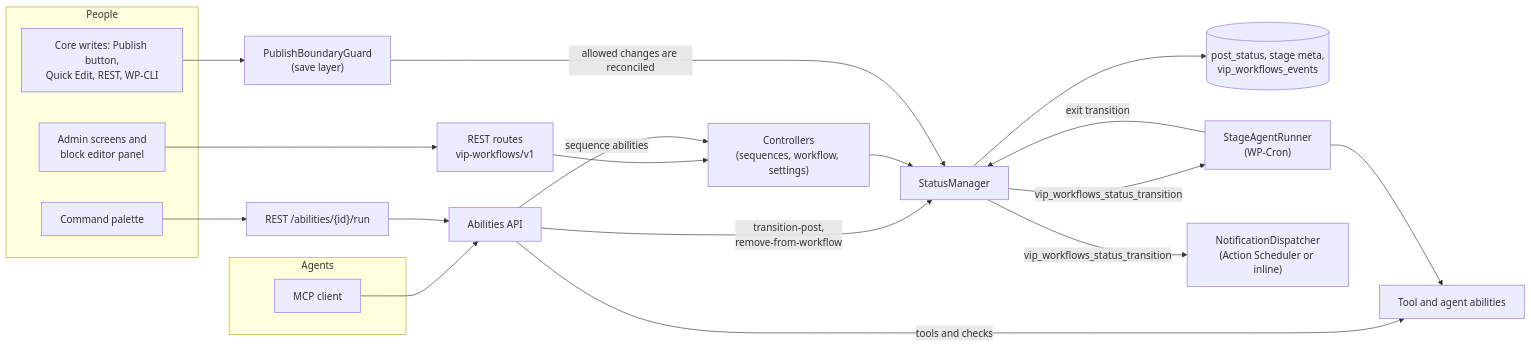
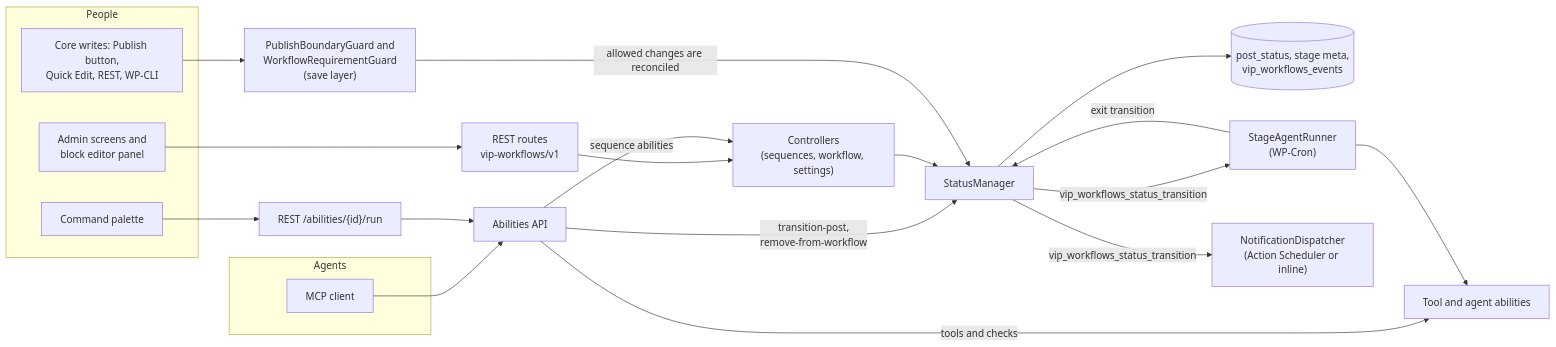
One commit to Automattic/vip-workflows changed the first of 6 diagrams in docs/SPEC.md. Above: the diagram before and after it, drawn with Mermaid. The commit also changed other lines of this file and 13 other files, not shown here.

First line of the commit message:
Enforce the required-workflow setting on save (#212)

````diff
--- a/docs/SPEC.md
+++ b/docs/SPEC.md
@@ -107,27 +107,27 @@
 ```mermaid
 flowchart LR
   subgraph People
     UI["Admin screens and<br/>block editor panel"]
     CP["Command palette"]
     CORE["Core writes: Publish button,<br/>Quick Edit, REST, WP-CLI"]
   end
   subgraph Agents
     MCP["MCP client"]
   end
   UI --> REST["REST routes<br/>vip-workflows/v1"]
   CP --> RUN["REST /abilities/{id}/run"]
   MCP --> ABIL["Abilities API"]
   RUN --> ABIL
   REST --> CTRL["Controllers<br/>(sequences, workflow, settings)"]
   ABIL -->|"sequence abilities"| CTRL
   ABIL -->|"transition-post,<br/>remove-from-workflow"| SM
   ABIL -->|"tools and checks"| TOOLS["Tool and agent abilities"]
   CTRL --> SM["StatusManager"]
-  CORE --> GUARD["PublishBoundaryGuard<br/>(save layer)"]
+  CORE --> GUARD["PublishBoundaryGuard and<br/>WorkflowRequirementGuard<br/>(save layer)"]
   GUARD -->|"allowed changes are reconciled"| SM
   SM --> DATA[("post_status, stage meta,<br/>vip_workflows_events")]
   SM -->|"vip_workflows_status_transition"| AGENT["StageAgentRunner<br/>(WP-Cron)"]
   SM -->|"vip_workflows_status_transition"| NOTIFY["NotificationDispatcher<br/>(Action Scheduler or inline)"]
   AGENT --> TOOLS
   AGENT -->|"exit transition"| SM
 ```
````
